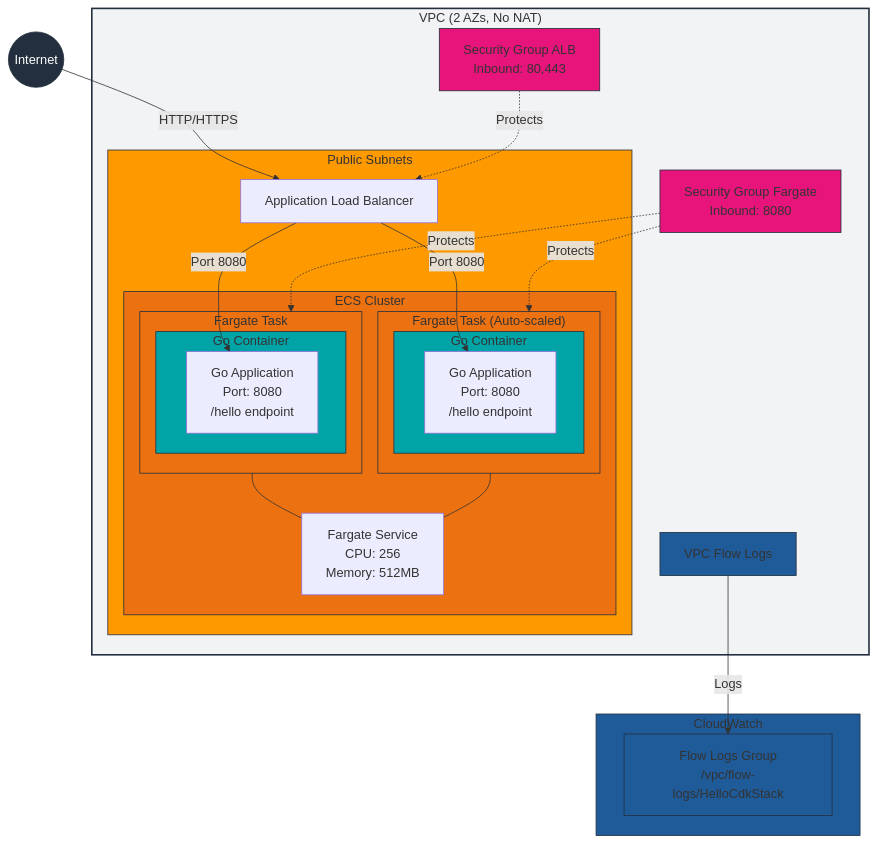
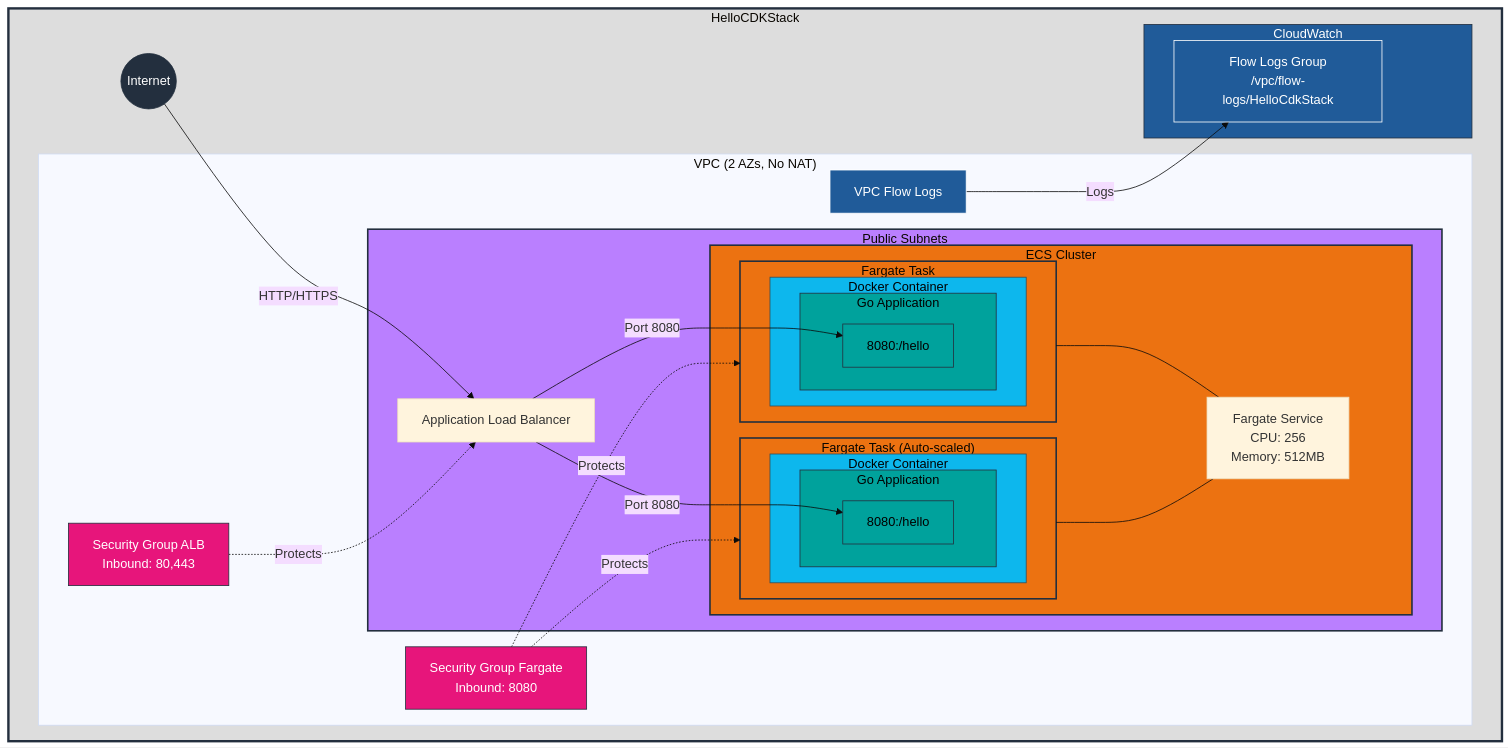
One commit to jkarenko/hello-cdk changed the second of 2 diagrams in README.md. Above: the diagram before and after it, drawn with Mermaid. The commit also changed other lines of this file, not shown here.

First line of the commit message:
docs(README): Revise diagrams and structure for clarity and detail

````diff
--- a/README.md
+++ b/README.md
@@ -128,65 +151,92 @@
 ```mermaid
+%%{init: {'theme': 'base', 'flowchart': {'curve': 'basis', 'htmlLabels': true, 'nodeSpacing': 20, 'rankSpacing': 50, 'edgeStyle': 'thick', 'diagramPadding': 8}, 'themeVariables': { 'fontFamily': 'arial'}}}%%
+
 graph TB
-    
-    subgraph VPC["VPC (2 AZs, No NAT)"]
-        style VPC fill:#F2F3F4,stroke:#232F3E,stroke-width:2px
-        
-        subgraph PublicSubnets["Public Subnets"]
-            style PublicSubnets fill:#FF9900,stroke:#232F3E
-            ALB[Application Load Balancer]
-            
-            subgraph ECS["ECS Cluster"]
-                style ECS fill:#EC7211,stroke:#232F3E
-                
-                subgraph TASK1["Fargate Task"]
-                    style TASK1 fill:#EC7211,stroke:#232F3E
-                    subgraph CONTAINER1["Go Container"]
-                        style CONTAINER1 fill:#00A4A6,stroke:#232F3E
-                        APP1[Go Application<br/>Port: 8080<br/>/hello endpoint]
+
+    subgraph STACK["HelloCDKStack"]
+        style STACK fill:#DDD
+
+        subgraph VPC["VPC (2 AZs, No NAT)"]
+
+            subgraph PUBLICSUBNETS["Public Subnets"]
+                ALB[Application Load Balancer]
+
+                subgraph ECS["ECS Cluster"]
+
+                    subgraph TASK1["Fargate Task"]
+                        subgraph DOCKER1["Docker Container"]
+                            subgraph HELLOAPP1["Go Application"]
+                                APP1[8080:/hello]
+                            end
+                        end
                     end
+
+                    subgraph TASK2["Fargate Task (Auto-scaled)"]
+                        subgraph DOCKER2["Docker Container"]
+                            subgraph HELLOAPP2["Go Application"]
+                                APP2[8080:/hello]
+                            end
+                        end
+                    end
+
+                    FARGATE[Fargate Service<br/>CPU: 256<br/>Memory: 512MB]
                 end
-                
-                subgraph TASK2["Fargate Task (Auto-scaled)"]
-                    style TASK2 fill:#EC7211,stroke:#232F3E
-                    subgraph CONTAINER2["Go Container"]
-                        style CONTAINER2 fill:#00A4A6,stroke:#232F3E
-                        APP2[Go Application<br/>Port: 8080<br/>/hello endpoint]
-                    end
-                end
-                
-                FARGATE[Fargate Service<br/>CPU: 256<br/>Memory: 512MB]
             end
+
+            SG_ALB[Security Group ALB<br/>Inbound: 80,443]
+            SG_FARGATE[Security Group Fargate<br/>Inbound: 8080]
+
+            FLOWLOG[VPC Flow Logs]
         end
-        
-        SG_ALB[Security Group ALB<br/>Inbound: 80,443]
-        SG_FARGATE[Security Group Fargate<br/>Inbound: 8080]
-        
-        FLOWLOG[VPC Flow Logs]
+
+        subgraph CLOUDWATCH["CloudWatch"]
+            LOGS[Flow Logs Group<br/>/vpc/flow-logs/HelloCdkStack]
+        end
+
+        INTERNET((Internet)) -->|HTTP/HTTPS| ALB
+        ALB -->|Port 8080| APP1
+        ALB -->|Port 8080| APP2
+        TASK1 --- FARGATE
+        TASK2 --- FARGATE
+
+        SG_ALB -.->|Protects| ALB
+        SG_FARGATE -.->|Protects| TASK1
+        SG_FARGATE -.->|Protects| TASK2
+
+        FLOWLOG -->|Logs| LOGS
+
+        classDef stack fill:#DDD,stroke:#232F3E,stroke-width:3px
+        classDef publicsubnets fill:#BA7FFF,stroke:#232F3E,stroke-width:2px
+        classDef privatesubnets fill:#BA7FFF,stroke:#232F3E,stroke-width:2px
+        classDef sg fill:#E7157B,stroke:#232F3E,color:white
+        classDef flowlogs fill:#205B99,stroke:white,color:white
+        classDef internet fill:#232F3E,stroke:#232F3E,color:#ffffff
+        classDef endpoint fill:#BA7FFF,stroke:#232F3E,color:white
+        classDef endpoints fill:#9A6BC5,stroke:#232F3E,color:white
+        classDef cloudwatch fill:#205B99,stroke:white,color:white
+        classDef flowlogs fill:#205B99,stroke:white,color:white
+        classDef docker fill:#0db7ed,stroke:#384d54,color:black
+        classDef goapp fill:#00A29C,stroke:#232F3E,color:black
+        classDef app fill:#00A29C,stroke:#232F3E,color:black
+        classDef vpc fill:#BA7FFF,stroke:#232F3E,stroke-width:3px
+        classDef ecs fill:#EC7211,stroke:#232F3E,stroke-width:2px
+        classDef fargate fill:#EC7211,stroke:#232F3E,stroke-width:2px
+        classDef cloudwatch fill:#205B99,stroke:#232F3E
+
+        class STACK stack
+        class PUBLICSUBNETS publicsubnets
+        class PRIVATESUBNETS privatesubnets
+        class SG_ALB,SG_FARGATE,SG_ENDPOINT sg
+        class FLOWLOG,LOGS flowlogs
+        class CLOUDWATCH cloudwatch
+        class DOCKER1,DOCKER2 docker
+        class HELLOAPP1,HELLOAPP2 goapp
+        class APP1,APP2 app
+        class INTERNET internet
+        class ECS ecs
+        class ECR,ECRDOCKER,ELB,CWLOGS endpoint
+        class ENDPOINTS endpoints
+        class TASK1,TASK2 fargate
     end
-    
-    subgraph CloudWatch["CloudWatch"]
-        style CloudWatch fill:#205B99,stroke:#232F3E
-        LOGS[Flow Logs Group<br/>/vpc/flow-logs/HelloCdkStack]
-    end
-    
-    INTERNET((Internet)) -->|HTTP/HTTPS| ALB
-    ALB -->|Port 8080| APP1
-    ALB -->|Port 8080| APP2
-    TASK1 --- FARGATE
-    TASK2 --- FARGATE
-    
-    SG_ALB -.->|Protects| ALB
-    SG_FARGATE -.->|Protects| TASK1
-    SG_FARGATE -.->|Protects| TASK2
-    
-    FLOWLOG -->|Logs| LOGS
 
-    %% AWS Service styling
-    classDef sg fill:#E7157B,stroke:#232F3E
-    classDef flowlogs fill:#205B99,stroke:#232F3E
-    classDef internet fill:#232F3E,stroke:#232F3E,color:#ffffff
-
-    class SG_ALB,SG_FARGATE sg
-    class FLOWLOG,LOGS flowlogs
-    class INTERNET internet
 ```
````
